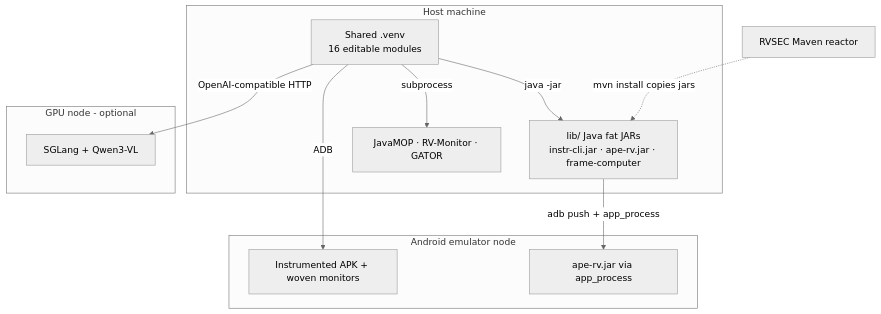
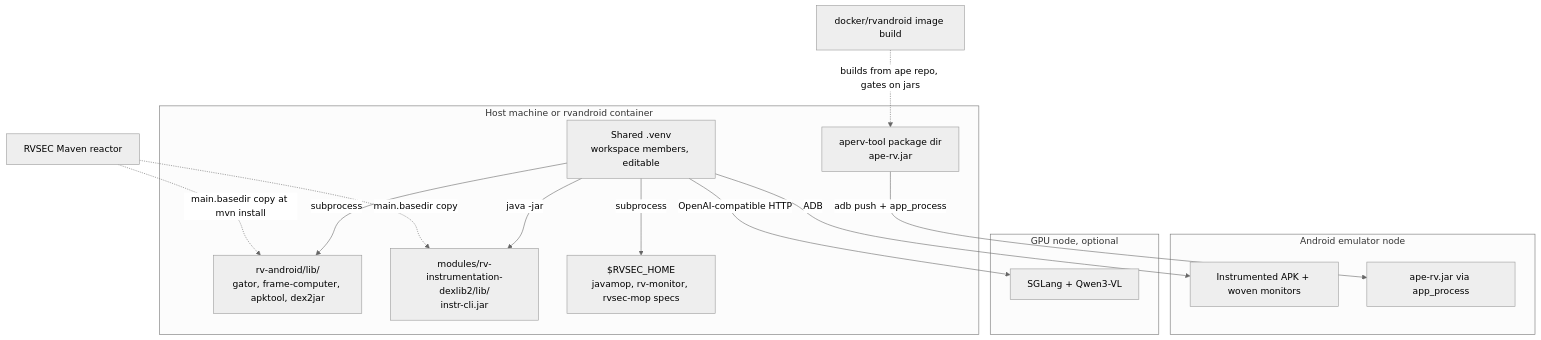
The fourth of 4 diagrams in rv-android/docs/architecture/rv-android.md (PAMunb/rvsec), drawn with Mermaid before and after one commit. The commit also changed other lines of this file and 7 other files, not shown here.

````diff
--- a/rv-android/docs/architecture/rv-android.md
+++ b/rv-android/docs/architecture/rv-android.md
@@ -424,23 +451,28 @@
 ```mermaid
 %%{init: {'theme': 'neutral'}}%%
 flowchart TB
-    subgraph host[Host machine]
-        venv[Shared .venv<br/>16 editable modules]
-        lib[lib/ Java fat JARs<br/>instr-cli.jar · ape-rv.jar · frame-computer]
-        jt[JavaMOP · RV-Monitor · GATOR]
+    subgraph host[Host machine or rvandroid container]
+        venv[Shared .venv<br/>workspace members, editable]
+        libdir[rv-android/lib/<br/>gator, frame-computer, apktool, dex2jar]
+        dexlib[modules/rv-instrumentation-dexlib2/lib/<br/>instr-cli.jar]
+        apejar[aperv-tool package dir<br/>ape-rv.jar]
+        jt[$RVSEC_HOME<br/>javamop, rv-monitor, rvsec-mop specs]
     end
     subgraph emunode[Android emulator node]
         apk[Instrumented APK + woven monitors]
         aperv[ape-rv.jar via app_process]
     end
-    subgraph gpu[GPU node - optional]
+    subgraph gpu[GPU node, optional]
         sg[SGLang + Qwen3-VL]
     end
-    maven[RVSEC Maven reactor] -.->|mvn install copies jars| lib
+    maven[RVSEC Maven reactor] -.->|main.basedir copy at mvn install| libdir
+    maven -.->|main.basedir copy| dexlib
+    image[docker/rvandroid image build] -.->|builds from ape repo, gates on jars| apejar
 
     venv -->|subprocess| jt
-    venv -->|java -jar| lib
+    venv -->|subprocess| libdir
+    venv -->|java -jar| dexlib
     venv -->|ADB| apk
-    lib -->|adb push + app_process| aperv
+    apejar -->|adb push + app_process| aperv
     venv -->|OpenAI-compatible HTTP| sg
 ```
````
